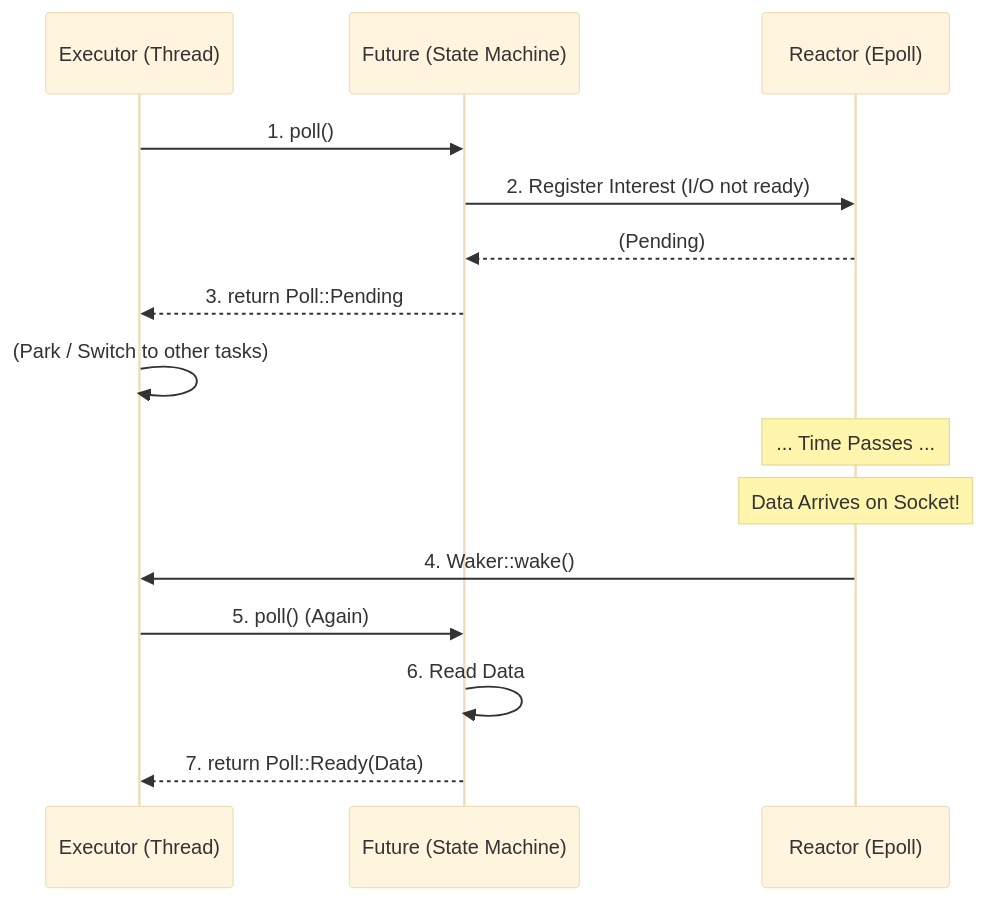
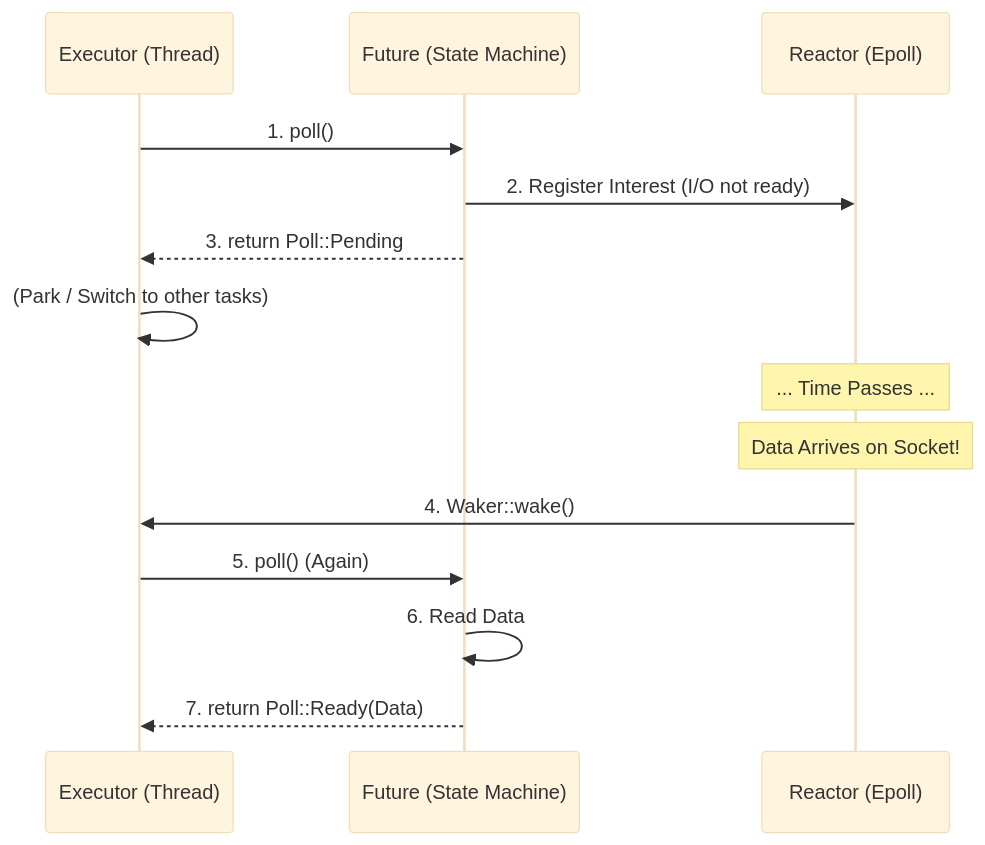
Before and after one commit to xizheyin/hft-book-rs: the first of 2 diagrams in src/foundations/async_rust.md, drawn with Mermaid (base theme). The commit also changed other lines of this file and 88 other files, not shown here.

````diff
--- a/src/foundations/async_rust.md
+++ b/src/foundations/async_rust.md
@@ -175,20 +116,19 @@
 ```mermaid
 sequenceDiagram
     participant E as Executor (Thread)
     participant F as Future (State Machine)
     participant R as Reactor (Epoll)
     
     E->>F: 1. poll()
     F->>R: 2. Register Interest (I/O not ready)
-    R-->>F: (Pending)
     F-->>E: 3. return Poll::Pending
     E->>E: (Park / Switch to other tasks)
     
     Note over R: ... Time Passes ...
     Note over R: Data Arrives on Socket!
     
     R->>E: 4. Waker::wake()
     E->>F: 5. poll() (Again)
     F->>F: 6. Read Data
     F-->>E: 7. return Poll::Ready(Data)
 ```
````
